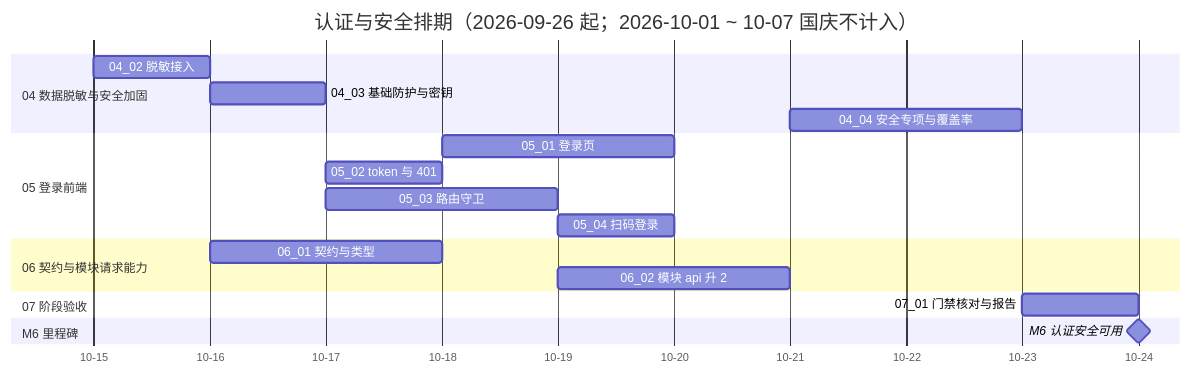
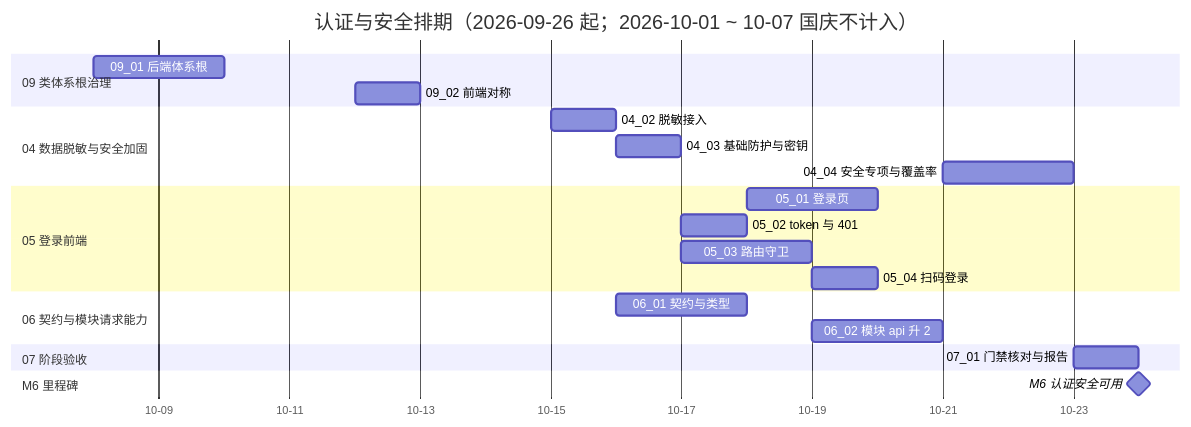
One commit to minjian123/basic-management-system changed the diagram in bms文档/项目/06_认证与安全/计划/01_计划_认证与安全.md. Above: the diagram before and after it, drawn with Mermaid. The commit also changed other lines of this file and 5 other files, not shown here.

````diff
--- a/bms文档/项目/06_认证与安全/计划/01_计划_认证与安全.md
+++ b/bms文档/项目/06_认证与安全/计划/01_计划_认证与安全.md
@@ -62,22 +64,25 @@
 ```mermaid
 gantt
     title 认证与安全排期（2026-09-26 起；2026-10-01 ~ 10-07 国庆不计入）
     dateFormat  YYYY-MM-DD
     axisFormat %m-%d
+    section 09 类体系根治理
+    09_01 后端体系根 :i1, 2026-10-08, 2d
+    09_02 前端对称 :i2, 2026-10-12, 1d
     section 04 数据脱敏与安全加固
     04_02 脱敏接入 :d2, 2026-10-15, 1d
     04_03 基础防护与密钥 :d3, 2026-10-16, 1d
     04_04 安全专项与覆盖率 :d4, 2026-10-21, 2d
     section 05 登录前端
     05_01 登录页 :e1, 2026-10-18, 2d
     05_02 token 与 401 :e2, 2026-10-17, 1d
     05_03 路由守卫 :e3, 2026-10-17, 2d
     05_04 扫码登录 :e4, 2026-10-19, 1d
     section 06 契约与模块请求能力
     06_01 契约与类型 :f1, 2026-10-16, 2d
     06_02 模块 api 升 2 :f2, 2026-10-19, 2d
     section 07 阶段验收
     07_01 门禁核对与报告 :g1, 2026-10-23, 1d
     section M6 里程碑
     M6 认证安全可用 :milestone, mm6, 2026-10-24, 0d
 ```
````
